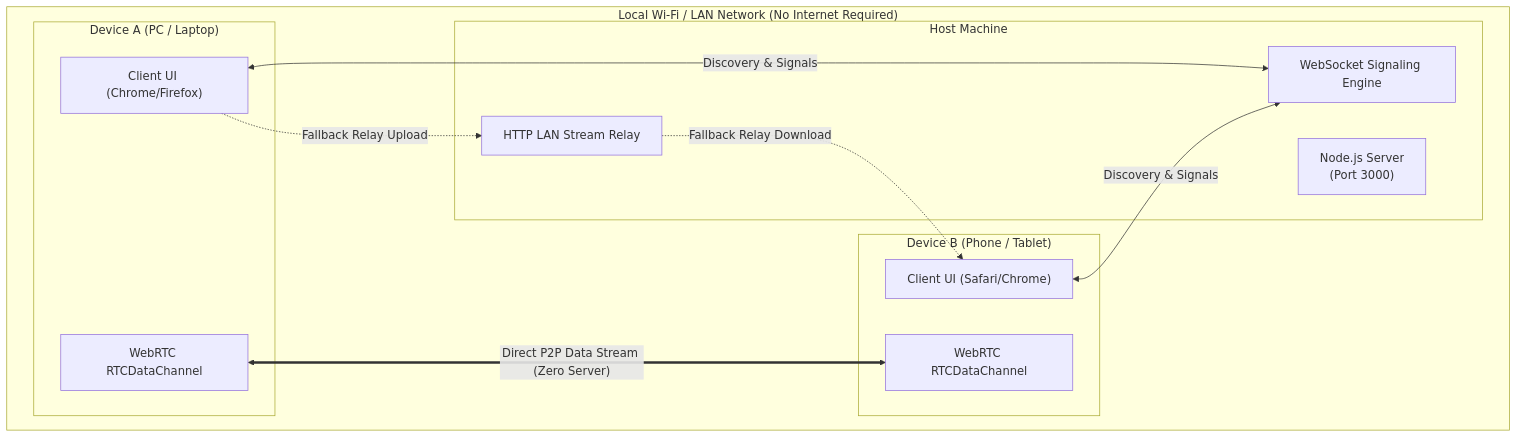
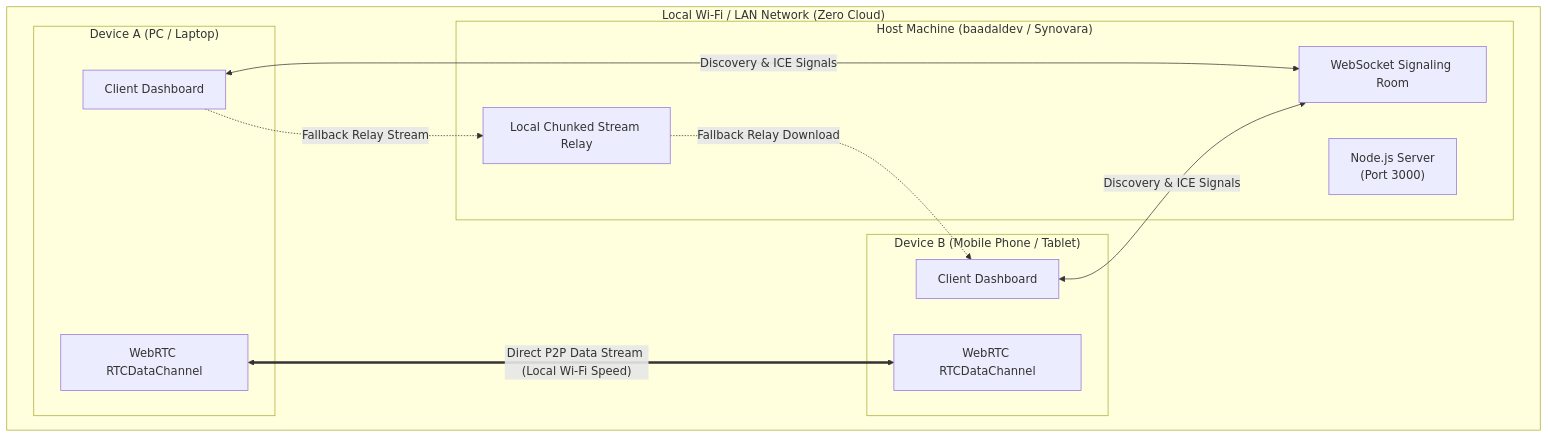
Before and after one commit to baadaldev/LAN-Drop-Ultra: the diagram in README.md, drawn with Mermaid. The commit also changed other lines of this file and 1 other file, not shown here.

Commit message:
docs: add Synovara-paired documentation and architecture specs

````diff
--- a/README.md
+++ b/README.md
@@ -28,26 +59,26 @@
 ```mermaid
 flowchart TD
-    subgraph LAN["Local Wi-Fi / LAN Network (No Internet Required)"]
-        subgraph Host["Host Machine"]
+    subgraph LAN["Local Wi-Fi / LAN Network (Zero Cloud)"]
+        subgraph Host["Host Machine (baadaldev / Synovara)"]
             Server["Node.js Server\n(Port 3000)"]
-            WS["WebSocket Signaling Engine"]
-            Relay["HTTP LAN Stream Relay"]
+            WS["WebSocket Signaling Room"]
+            Relay["Local Chunked Stream Relay"]
         end
 
         subgraph DeviceA["Device A (PC / Laptop)"]
-            BrowserA["Client UI (Chrome/Firefox)"]
+            BrowserA["Client Dashboard"]
             RTC_A["WebRTC RTCDataChannel"]
         end
 
-        subgraph DeviceB["Device B (Phone / Tablet)"]
-            BrowserB["Client UI (Safari/Chrome)"]
+        subgraph DeviceB["Device B (Mobile Phone / Tablet)"]
+            BrowserB["Client Dashboard"]
             RTC_B["WebRTC RTCDataChannel"]
         end
 
-        BrowserA <-->|"Discovery & Signals"| WS
-        BrowserB <-->|"Discovery & Signals"| WS
-        RTC_A <===>|"Direct P2P Data Stream (Zero Server)"| RTC_B
-        BrowserA -.->|"Fallback Relay Upload"| Relay
+        BrowserA <-->|"Discovery & ICE Signals"| WS
+        BrowserB <-->|"Discovery & ICE Signals"| WS
+        RTC_A <===>|"Direct P2P Data Stream (Local Wi-Fi Speed)"| RTC_B
+        BrowserA -.->|"Fallback Relay Stream"| Relay
         Relay -.->|"Fallback Relay Download"| BrowserB
     end
 ```
````
